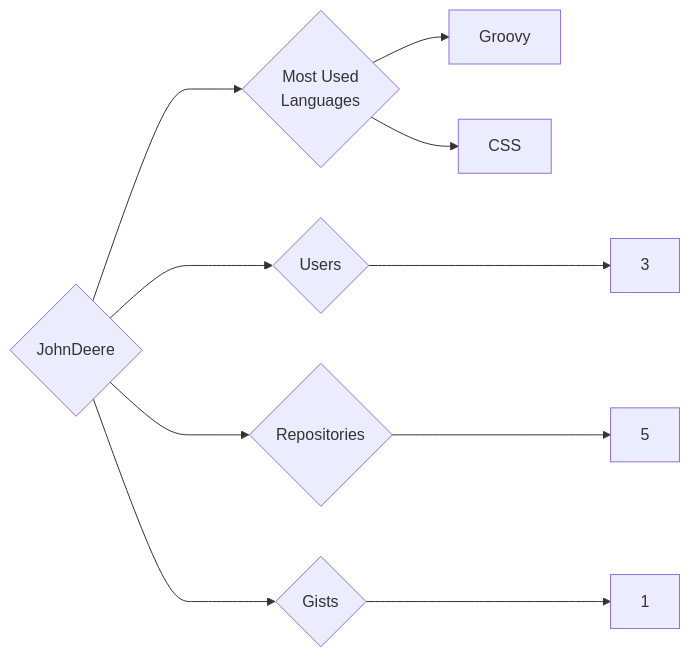
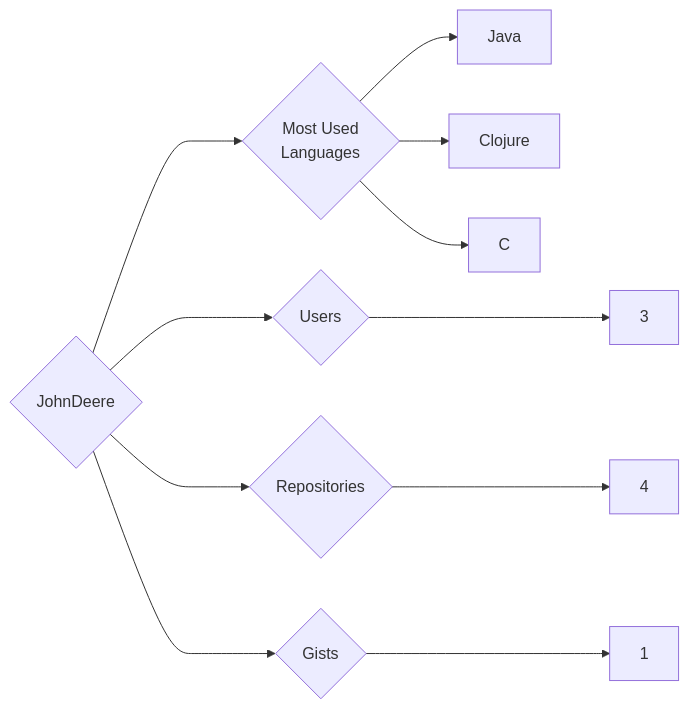
Before and after one commit to trickest/insiders: the diagram in targets/JohnDeere/README.md, drawn with Mermaid. The commit also changed 1496 other files, not shown here.

````diff
--- a/targets/JohnDeere/README.md
+++ b/targets/JohnDeere/README.md
@@ -3,10 +3,11 @@
 ```mermaid
 graph LR
 COMPANY_NAME{JohnDeere}
 COMPANY_NAME ---> U{Users} ---> UN[3]
-COMPANY_NAME ---> R{Repositories} ---> RN[5]
+COMPANY_NAME ---> R{Repositories} ---> RN[4]
 COMPANY_NAME ---> G{Gists} ---> GN[1]
 COMPANY_NAME ---> ML{Most Used<br>Languages}
-ML --> Groovy[Groovy]
-ML --> CSS[CSS]
+ML --> Java[Java]
+ML --> Clojure[Clojure]
+ML --> C[C]
 ```
````
